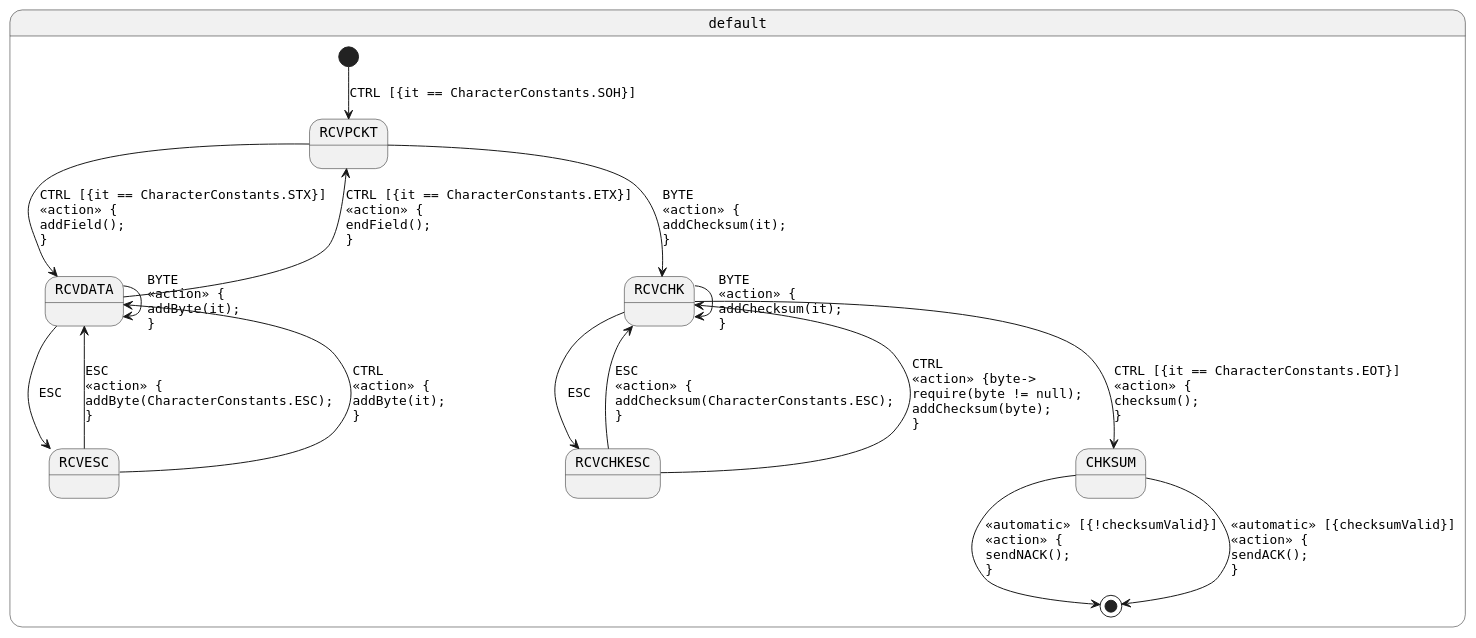
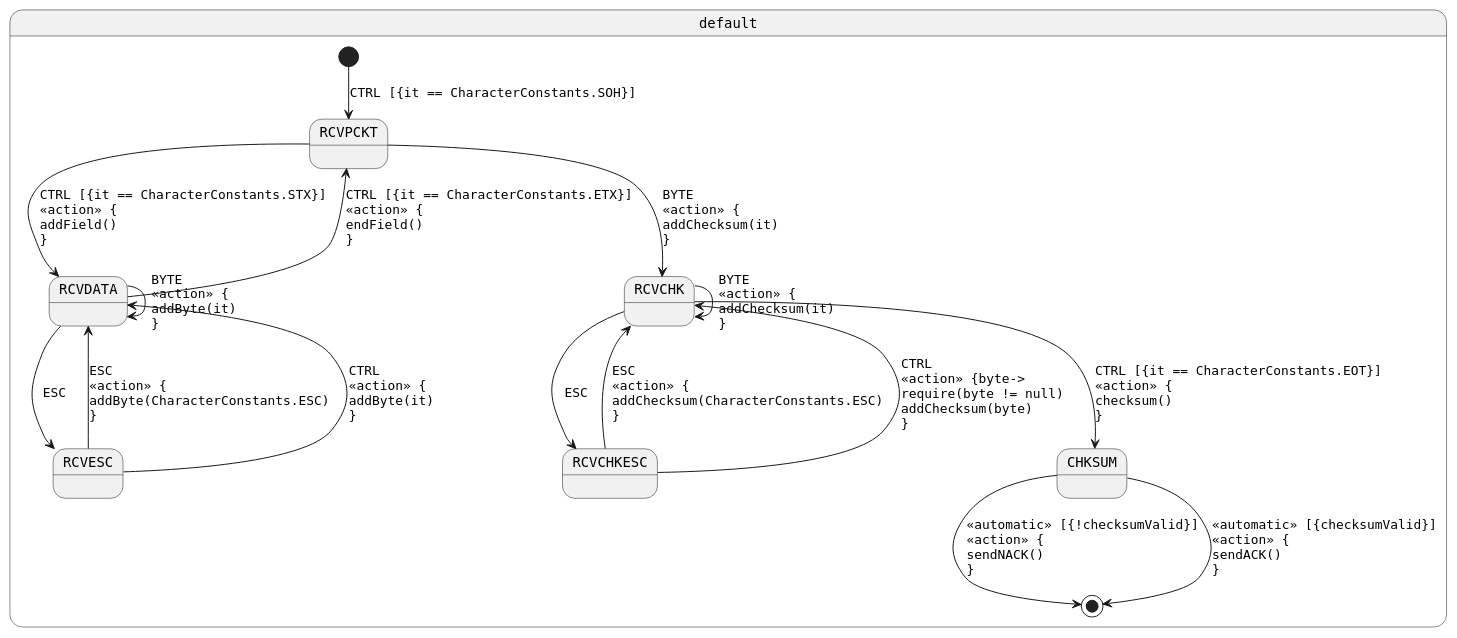
One commit to open-jumpco/kfsm-viz changed the diagram in generated-parsed/packet-reader.plantuml. Above: the diagram before and after it, drawn with PlantUML. The commit also changed 10 other files, not shown here.

```diff
--- a/generated-parsed/packet-reader.plantuml
+++ b/generated-parsed/packet-reader.plantuml
@@ -1,21 +1,21 @@
 @startuml
 skinparam StateFontName Helvetica
 skinparam defaultFontName Monospaced
 state default {
 [*] --> RCVPCKT : CTRL [{it == CharacterConstants.SOH}]
-RCVPCKT --> RCVDATA : CTRL [{it == CharacterConstants.STX}]\l<<action>> {\laddField();\l}
-RCVPCKT --> RCVCHK : BYTE\l<<action>> {\laddChecksum(it);\l}
-RCVDATA --> RCVDATA : BYTE\l<<action>> {\laddByte(it);\l}
-RCVDATA --> RCVPCKT : CTRL [{it == CharacterConstants.ETX}]\l<<action>> {\lendField();\l}
+RCVPCKT --> RCVDATA : CTRL [{it == CharacterConstants.STX}]\l<<action>> {\laddField()\l}
+RCVPCKT --> RCVCHK : BYTE\l<<action>> {\laddChecksum(it)\l}
+RCVDATA --> RCVDATA : BYTE\l<<action>> {\laddByte(it)\l}
+RCVDATA --> RCVPCKT : CTRL [{it == CharacterConstants.ETX}]\l<<action>> {\lendField()\l}
 RCVDATA --> RCVESC : ESC
-RCVESC --> RCVDATA : ESC\l<<action>> {\laddByte(CharacterConstants.ESC);\l}
-RCVESC --> RCVDATA : CTRL\l<<action>> {\laddByte(it);\l}
-RCVCHK --> RCVCHK : BYTE\l<<action>> {\laddChecksum(it);\l}
+RCVESC --> RCVDATA : ESC\l<<action>> {\laddByte(CharacterConstants.ESC)\l}
+RCVESC --> RCVDATA : CTRL\l<<action>> {\laddByte(it)\l}
+RCVCHK --> RCVCHK : BYTE\l<<action>> {\laddChecksum(it)\l}
 RCVCHK --> RCVCHKESC : ESC
-RCVCHK --> CHKSUM : CTRL [{it == CharacterConstants.EOT}]\l<<action>> {\lchecksum();\l}
-CHKSUM --> [*] : <<automatic>> [{!checksumValid}]\l<<action>> {\lsendNACK();\l}
-CHKSUM --> [*] : <<automatic>> [{checksumValid}]\l<<action>> {\lsendACK();\l}
-RCVCHKESC --> RCVCHK : ESC\l<<action>> {\laddChecksum(CharacterConstants.ESC);\l}
-RCVCHKESC --> RCVCHK : CTRL\l<<action>> {byte->\lrequire(byte != null);\laddChecksum(byte);\l}
+RCVCHK --> CHKSUM : CTRL [{it == CharacterConstants.EOT}]\l<<action>> {\lchecksum()\l}
+CHKSUM --> [*] : <<automatic>> [{!checksumValid}]\l<<action>> {\lsendNACK()\l}
+CHKSUM --> [*] : <<automatic>> [{checksumValid}]\l<<action>> {\lsendACK()\l}
+RCVCHKESC --> RCVCHK : ESC\l<<action>> {\laddChecksum(CharacterConstants.ESC)\l}
+RCVCHKESC --> RCVCHK : CTRL\l<<action>> {byte->\lrequire(byte != null)\laddChecksum(byte)\l}
 }
 @enduml
```
